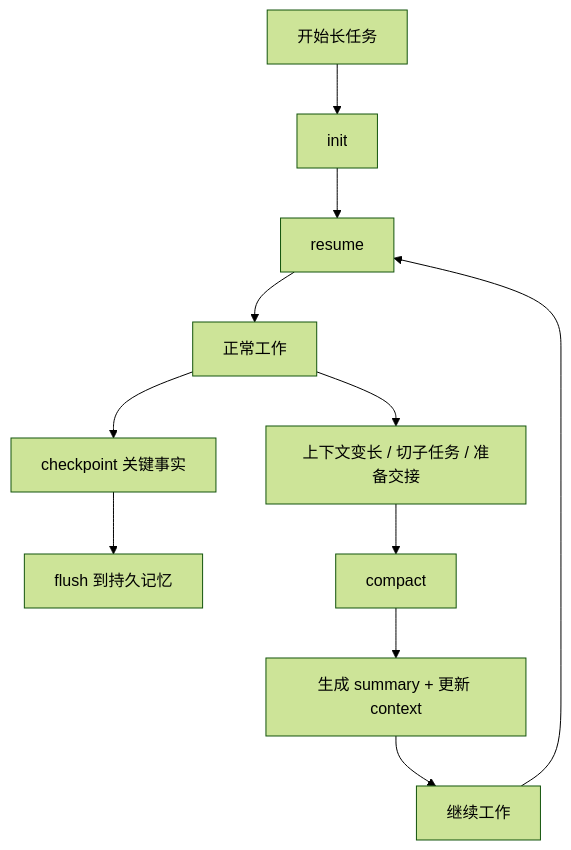
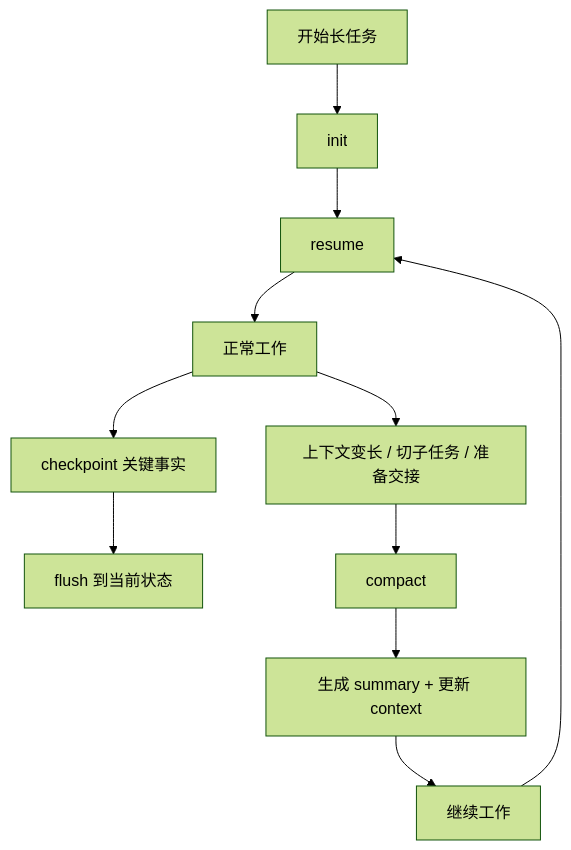
One commit to superiwan/context-governor changed the diagram in README.md. Above: the diagram before and after it, drawn with Mermaid (forest theme). The commit also changed other lines of this file and 6 other files, not shown here.

````diff
--- a/README.md
+++ b/README.md
@@ -30,13 +30,13 @@
 ```mermaid
 flowchart TD
     A["开始长任务"] --> B["init"]
     B --> C["resume"]
     C --> D["正常工作"]
     D --> E["checkpoint 关键事实"]
-    E --> F["flush 到持久记忆"]
+    E --> F["flush 到当前状态"]
     D --> G["上下文变长 / 切子任务 / 准备交接"]
     G --> H["compact"]
     H --> I["生成 summary + 更新 context"]
     I --> J["继续工作"]
     J --> C
 ```
````
